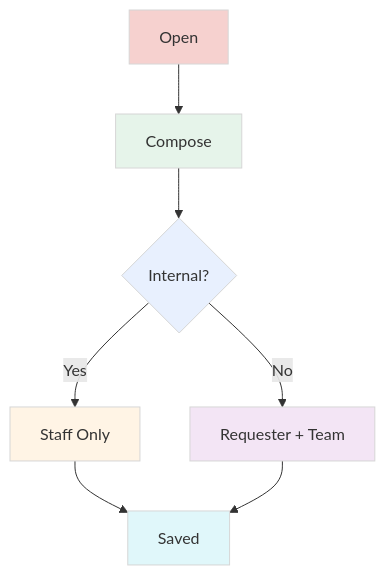
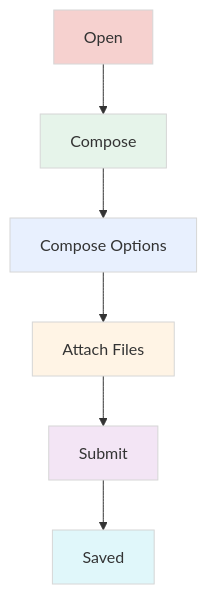
Before and after one commit to salmanb74-dev/ntg-ticket: the second of 7 diagrams in NTG-Ticket-User Guide.md, drawn with Mermaid. The commit also changed other lines of this file, not shown here.

Commit message:
Update NTG-Ticket-User Guide.md

````diff
--- a/NTG-Ticket-User Guide.md
+++ b/NTG-Ticket-User Guide.md
@@ -126,15 +124,14 @@
 ```mermaid
 flowchart TD
     A[Open] --> B[Compose]
-    B --> C{Internal?}
-    C -- Yes --> D[Staff Only]
-    C -- No --> E[Requester + Team]
-    D --> F[Saved]
+    B --> C[Compose Options]
+    C --> D[Attach Files]
+    D --> E[Submit]
     E --> F[Saved]
     style A fill:#F6D1CF,stroke:#D6D6D6,stroke-width:1px
     style B fill:#E6F4EA,stroke:#D6D6D6,stroke-width:1px
     style C fill:#E8F0FE,stroke:#D6D6D6,stroke-width:1px
     style D fill:#FFF4E5,stroke:#D6D6D6,stroke-width:1px
     style E fill:#F3E5F5,stroke:#D6D6D6,stroke-width:1px
     style F fill:#E0F7FA,stroke:#D6D6D6,stroke-width:1px
 ```
````
